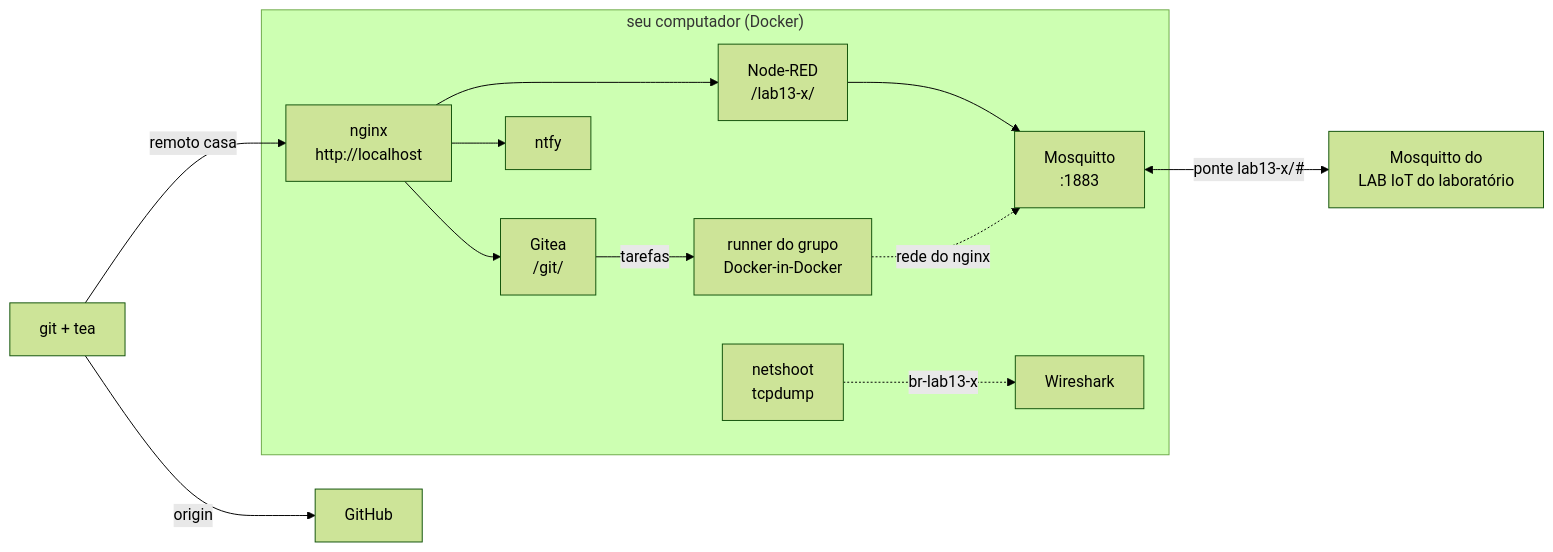
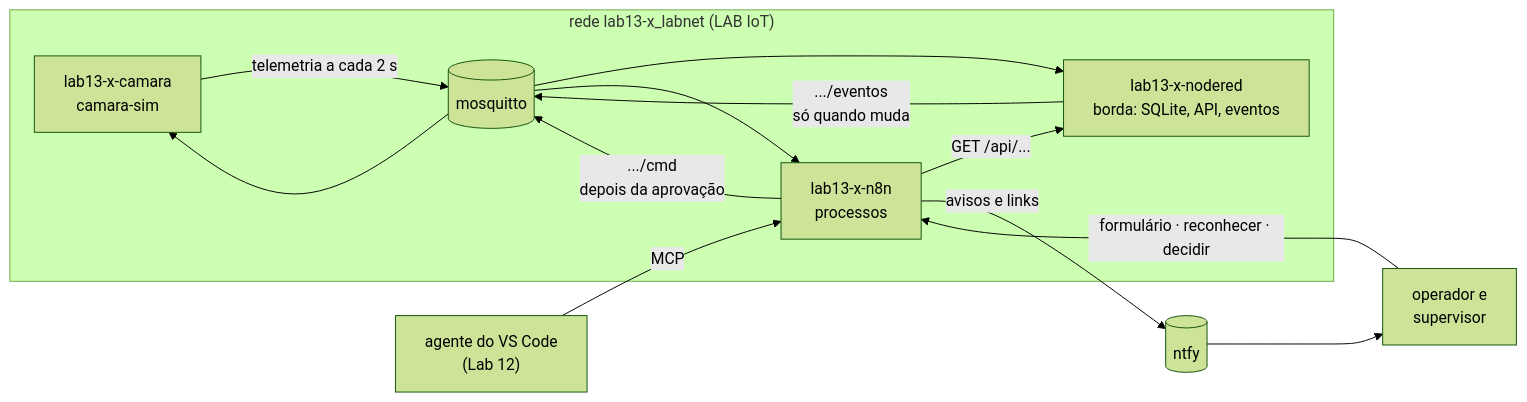
The first of 3 diagrams in labs-docs/LAB13.mdx (ruseleredu/iiot-docs), drawn with Mermaid (forest theme) before and after one commit. The commit also changed other lines of this file and 1 other file, not shown here.

First line of the commit message:
Refocus Lab 13 on n8n automation

````diff
--- a/labs-docs/LAB13.mdx
+++ b/labs-docs/LAB13.mdx
@@ -46,15 +43,14 @@
 ```mermaid
 flowchart LR
-  subgraph PC["seu computador (Docker)"]
-    N["nginx<br/>http://localhost"] --> NR["Node-RED<br/>/lab13-x/"]
-    N --> G["Gitea<br/>/git/"]
-    N --> NT["ntfy"]
-    NR --> M["Mosquitto<br/>:1883"]
-    G -- "tarefas" --> R["runner do grupo<br/>Docker-in-Docker"]
-    R -. "rede do nginx" .-> M
-    NS["netshoot<br/>tcpdump"] -. "br-lab13-x" .-> W["Wireshark"]
+  subgraph NET["rede lab13-x_labnet (LAB IoT)"]
+    CS["lab13-x-camara<br/>camara-sim"] -->|telemetria a cada 2 s| MQ[(mosquitto)]
+    MQ --> NR["lab13-x-nodered<br/>borda: SQLite, API, eventos"]
+    NR -->|.../eventos<br/>só quando muda| MQ
+    MQ --> N8["lab13-x-n8n<br/>processos"]
+    N8 -->|GET /api/...| NR
+    N8 -->|.../cmd<br/>depois da aprovação| MQ --> CS
   end
-  GIT["git + tea"] -- "remoto casa" --> N
-  GIT -- "origin" --> GH["GitHub"]
-  M <-- "ponte lab13-x/#" --> ML["Mosquitto do<br/>LAB IoT do laboratório"]
+  N8 -->|avisos e links| NT[("ntfy")] --> OP["operador e<br/>supervisor"]
+  OP -->|formulário · reconhecer · decidir| N8
+  AG["agente do VS Code<br/>(Lab 12)"] -->|MCP| N8
 ```
````
